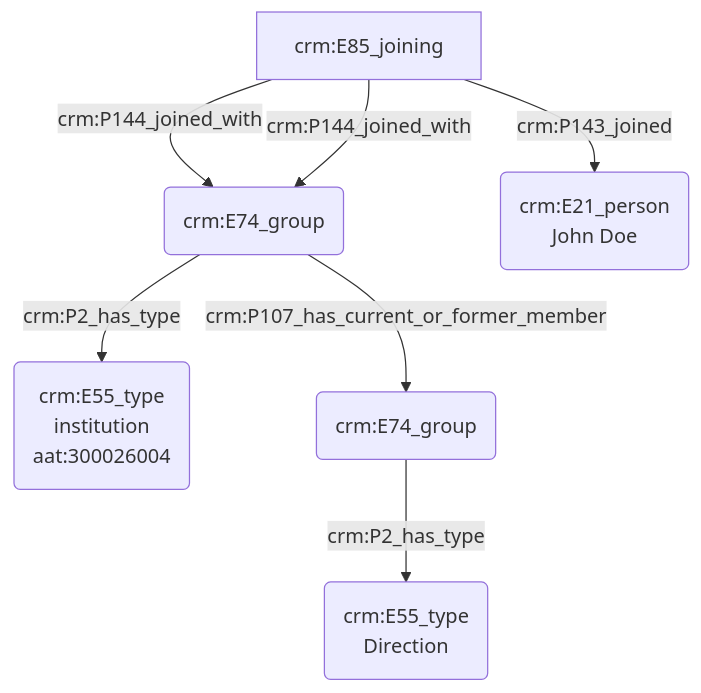
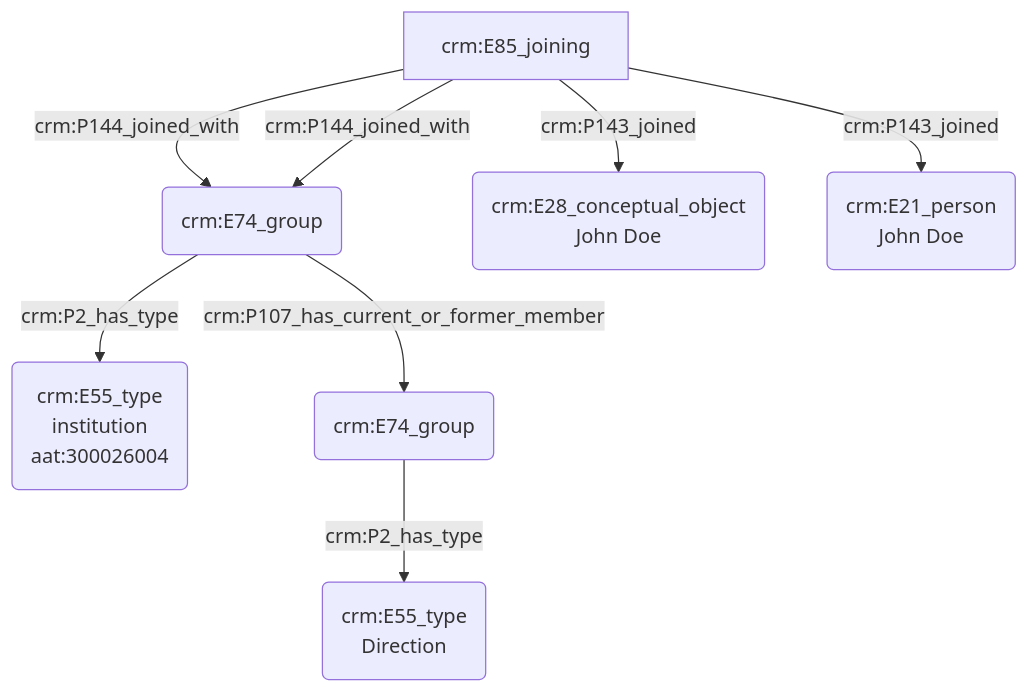
The diagram in modules/livrables/Dossier 2/Indexation conceptuelle/statut et fonction d'une personne réelle.md (Amleth/consortium-musica2-gt2-ontologies), drawn with Mermaid before and after one commit.

Commit message:
Update statut et fonction d'une personne réelle.md

````diff
--- a/modules/livrables/Dossier 2/Indexation conceptuelle/statut et fonction d'une personne réelle.md
+++ b/modules/livrables/Dossier 2/Indexation conceptuelle/statut et fonction d'une personne réelle.md
@@ -11,11 +11,12 @@
 ```mermaid
 graph TD;
 
 M(crm:E74_group) -->|crm:P2_has_type| N(crm:E55_type<br>institution<br>aat:300026004)
 U[crm:E85_joining] --> |crm:P144_joined_with| M(crm:E74_group)
 M(crm:E74_group) --> |crm:P107_has_current_or_former_member| S(crm:E74_group)
 S(crm:E74_group) --> |crm:P2_has_type| T(crm:E55_type<br>Direction)
-U[crm:E85_joining] -->|crm:P143_joined| K(crm:E21_person<br>John Doe)
+U[crm:E85_joining] -->|crm:P143_joined| K(crm:E28_conceptual_object<br>John Doe)
+U[crm:E85_joining] -->|crm:P143_joined| A(crm:E21_person<br>John Doe)
 U[crm:E85_joining] --> |crm:P144_joined_with| M(crm:E74_group)
 
 ```
````
